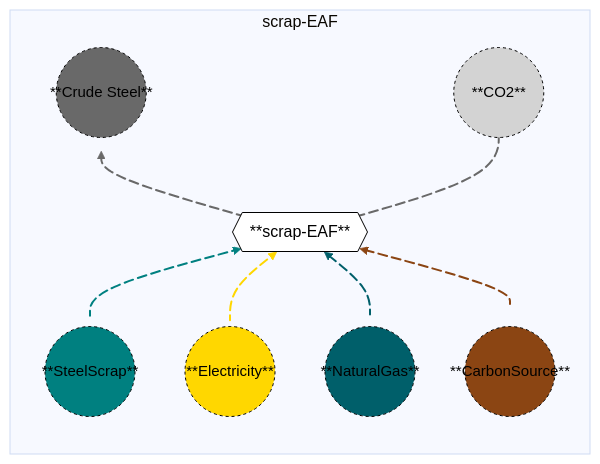
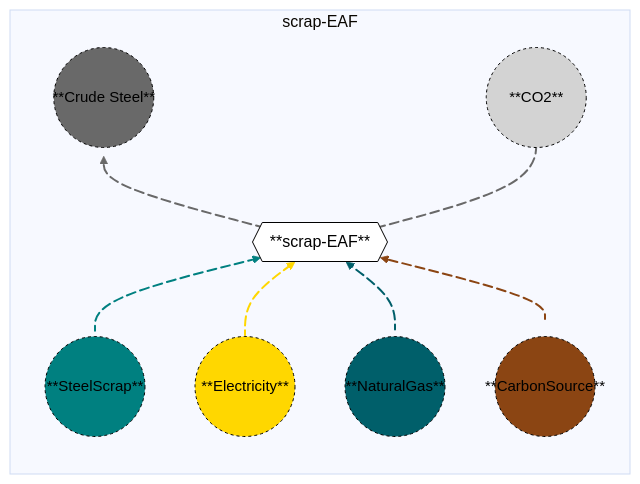
Before and after one commit to acheng1757/MacroEnergy-Abbie.jl: the diagram in docs/src/Manual/assets/standalonelectricarcfurance.md, drawn with Mermaid.

Commit message:
Increase radius for styles A1 to A4 and C1 to C2

````diff
--- a/docs/src/Manual/assets/standalonelectricarcfurance.md
+++ b/docs/src/Manual/assets/standalonelectricarcfurance.md
@@ -25,35 +25,35 @@
 ```mermaid
 %%{init: {'theme': 'base', 'themeVariables': { 'background': '#D1EBDE' }}}%%
 flowchart BT
   subgraph scrap-EAF
   direction BT
     A1(("**SteelScrap**")) e1@-->B{{"**scrap-EAF**"}}
     A2(("**Electricity**")) e2@-->B{{"**scrap-EAF**"}}
     A3(("**NaturalGas**")) e3@-->B{{"**scrap-EAF**"}}
     A4(("**CarbonSource**")) e4@-->B{{"**scrap-EAF**"}}
     B{{"**scrap-EAF**"}} e5@-->C1(("**Crude Steel**"))
     B{{"**scrap-EAF**"}} e6@-->C2(("**CO2**"))
 
     e1@{ animate: true }
     e2@{ animate: true }
     e3@{ animate: true }
     e4@{ animate: true }
     e5@{ animate: true }
     e6@{ animate: true }
  end
-    style A1 font-size:15px,r:45px,fill:#008080,stroke:black,color:black,stroke-dasharray: 3,5;
-    style A2 font-size:15px,r:45px,fill:#FFD700,stroke:black,color:black,stroke-dasharray: 3,5;
-    style A3 font-size:15px,r:45px,fill:#005F6A,stroke:black,color:black,stroke-dasharray: 3,5;
-    style A4 font-size:15px,r:45px,fill:#8B4513,stroke:black,color:black,stroke-dasharray: 3,5;
+    style A1 font-size:15px,r:50px,fill:#008080,stroke:black,color:black,stroke-dasharray: 3,5;
+    style A2 font-size:15px,r:50px,fill:#FFD700,stroke:black,color:black,stroke-dasharray: 3,5;
+    style A3 font-size:15px,r:50px,fill:#005F6A,stroke:black,color:black,stroke-dasharray: 3,5;
+    style A4 font-size:15px,r:50px,fill:#8B4513,stroke:black,color:black,stroke-dasharray: 3,5;
 
     style B fill:white,stroke:black,color:black;
-    style C1 font-size:15px,r:45px,fill:#696969,stroke:black,color:black,stroke-dasharray: 3,5;
-    style C2 font-size:15px,r:45px,fill:lightgray,stroke:black,color:black,stroke-dasharray: 3,5;
+    style C1 font-size:15px,r:50px,fill:#696969,stroke:black,color:black,stroke-dasharray: 3,5;
+    style C2 font-size:15px,r:50px,fill:lightgray,stroke:black,color:black,stroke-dasharray: 3,5;
 
     linkStyle 0,1 stroke:#008080, stroke-width: 2px;
     linkStyle 1,2 stroke:#FFD700, stroke-width: 2px;
     linkStyle 2,3 stroke:#005F6A, stroke-width: 2px;
     linkStyle 3,4 stroke:#8B4513, stroke-width: 2px;
     linkStyle 4,5 stroke:#696969, stroke-width: 2px;
 
 ```
````
